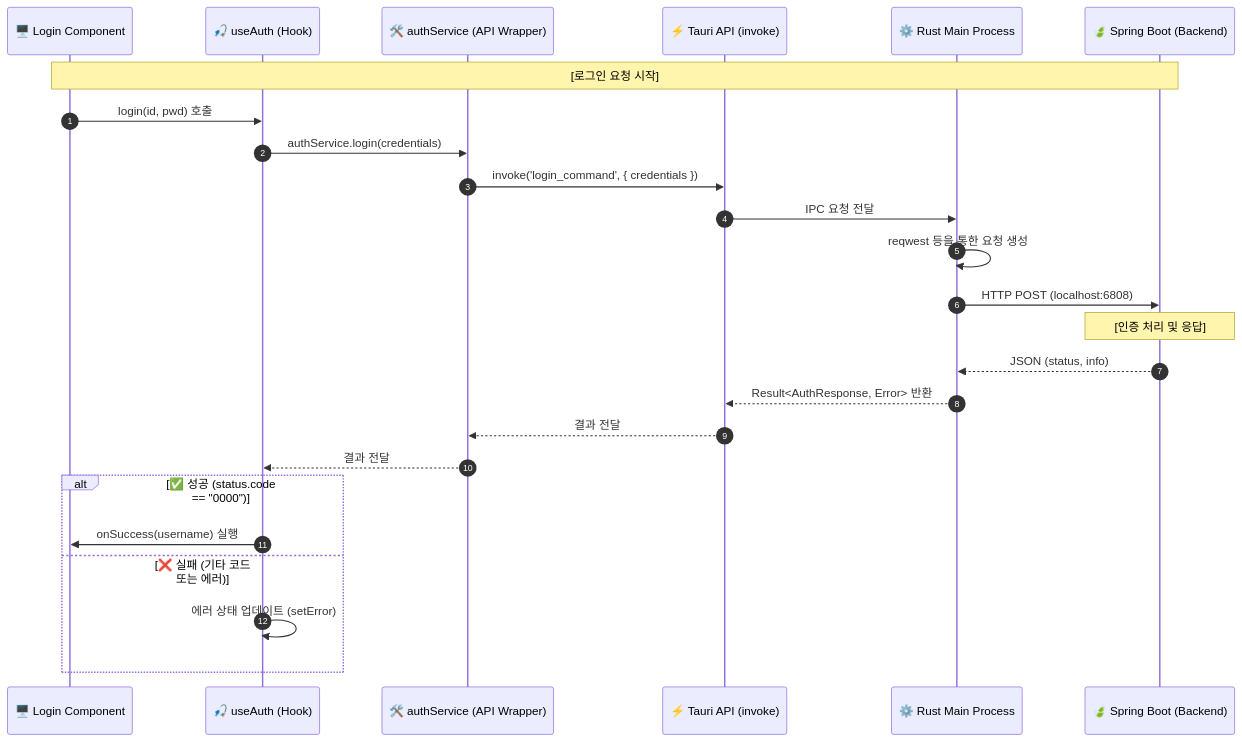
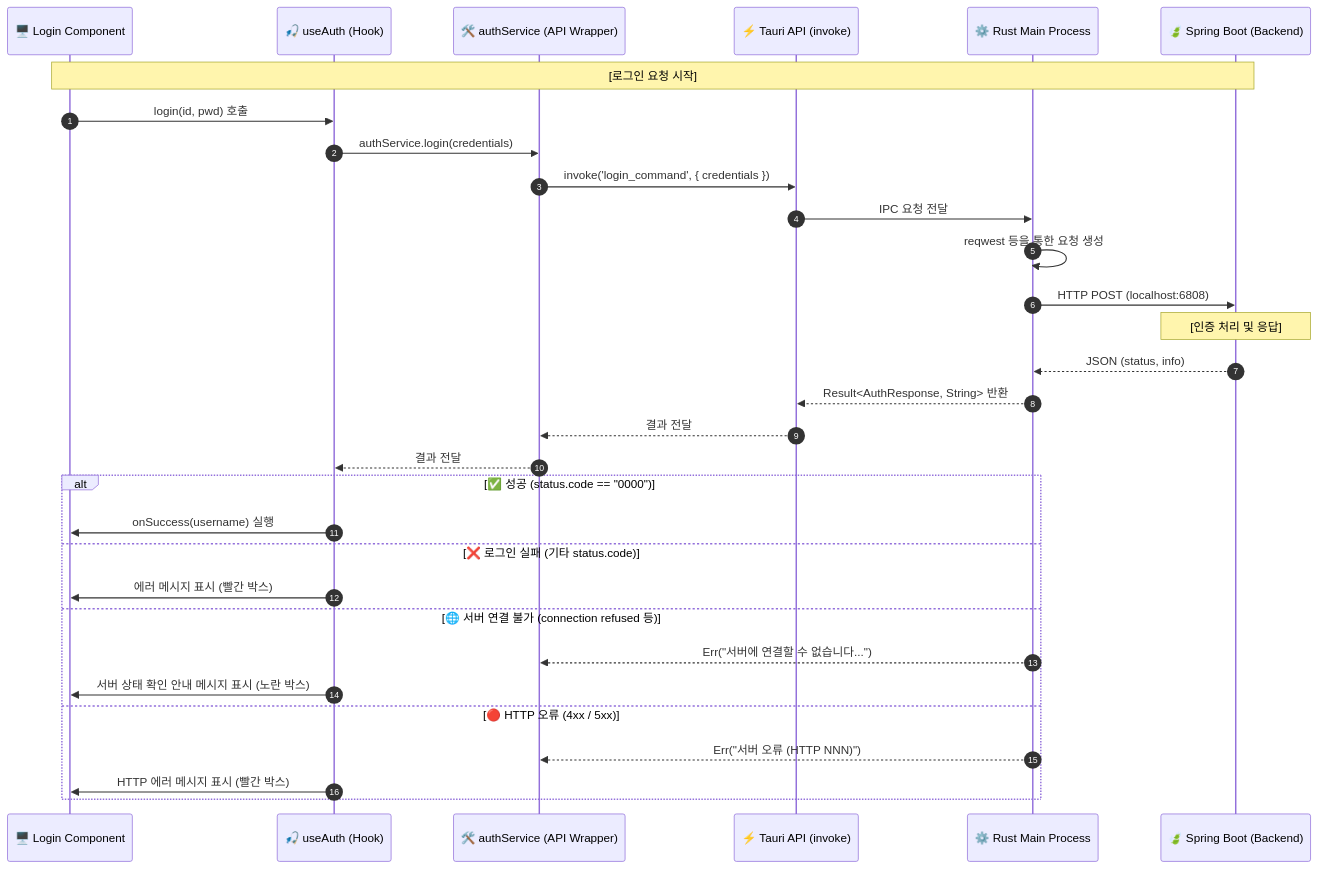
One commit to blueclover22/study_tauri changed the second of 2 diagrams in README.md. Above: the diagram before and after it, drawn with Mermaid. The commit also changed other lines of this file, not shown here.

````diff
--- a/README.md
+++ b/README.md
@@ -148,32 +185,38 @@
 ```mermaid
 sequenceDiagram
     autonumber
     participant UI as 🖥️ Login Component
     participant Hook as 🎣 useAuth (Hook)
     participant SVC as 🛠️ authService (API Wrapper)
     participant Tauri as ⚡ Tauri API (invoke)
     participant Main as ⚙️ Rust Main Process
     participant API as 🍃 Spring Boot (Backend)
 
     Note over UI, API: [로그인 요청 시작]
     UI ->> Hook: login(id, pwd) 호출
     Hook ->> SVC: authService.login(credentials)
     
     SVC ->> Tauri: invoke('login_command', { credentials })
     Tauri ->> Main: IPC 요청 전달
     
     Main ->> Main: reqwest 등을 통한 요청 생성
     Main ->> API: HTTP POST (localhost:6808)
 
     Note over API: [인증 처리 및 응답]
     API -->> Main: JSON (status, info)
-    Main -->> Tauri: Result<AuthResponse, Error> 반환
+    Main -->> Tauri: Result<AuthResponse, String> 반환
     Tauri -->> SVC: 결과 전달
     SVC -->> Hook: 결과 전달
 
     alt ✅ 성공 (status.code == "0000")
         Hook ->> UI: onSuccess(username) 실행
-    else ❌ 실패 (기타 코드 또는 에러)
-        Hook ->> Hook: 에러 상태 업데이트 (setError)
+    else ❌ 로그인 실패 (기타 status.code)
+        Hook ->> UI: 에러 메시지 표시 (빨간 박스)
+    else 🌐 서버 연결 불가 (connection refused 등)
+        Main -->> SVC: Err("서버에 연결할 수 없습니다...")
+        Hook ->> UI: 서버 상태 확인 안내 메시지 표시 (노란 박스)
+    else 🔴 HTTP 오류 (4xx / 5xx)
+        Main -->> SVC: Err("서버 오류 (HTTP NNN)")
+        Hook ->> UI: HTTP 에러 메시지 표시 (빨간 박스)
     end
 ```
````
